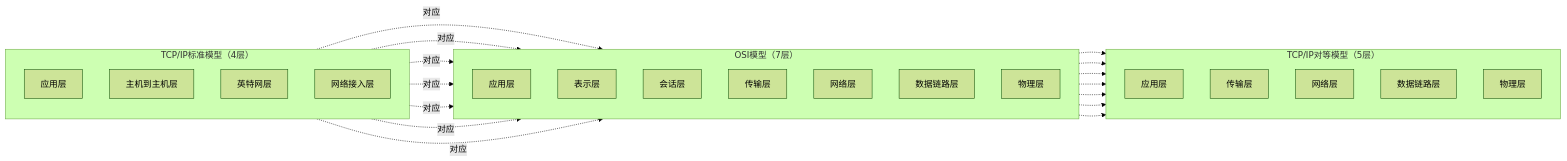
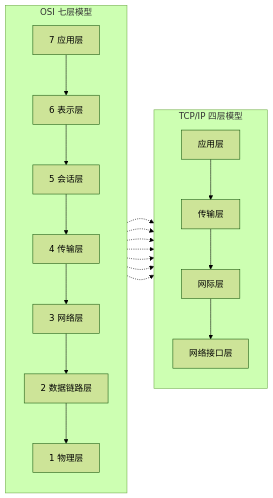
Before and after one commit to theforeveriris/mynote-during-2026-2027: the third of 4 diagrams in 软考中级网络工程/1.0-计算机网络基础.md, drawn with Mermaid (forest theme). The commit also changed other lines of this file and 42 other files, not shown here.

Commit message:
移除笔记中的截图引用，改用Mermaid重绘图示，并联网校正知识点；题库部分对照公开真题补全选项与答案

````diff
--- a/软考中级网络工程/1.0-计算机网络基础.md
+++ b/软考中级网络工程/1.0-计算机网络基础.md
@@ -161,46 +295,20 @@
 ```mermaid
 flowchart LR
-    subgraph L["TCP/IP标准模型（4层）"]
+    subgraph M7["OSI 七层模型"]
         direction TB
-        A1["应用层"]
-        A2["主机到主机层"]
-        A3["英特网层"]
-        A4["网络接入层"]
+        O7["7 应用层"] --> O6["6 表示层"] --> O5["5 会话层"] --> O4["4 传输层"] --> O3["3 网络层"] --> O2["2 数据链路层"] --> O1["1 物理层"]
     end
 
-    subgraph M["OSI模型（7层）"]
+    subgraph M4["TCP/IP 四层模型"]
         direction TB
-        B1["应用层"]
-        B2["表示层"]
-        B3["会话层"]
-        B4["传输层"]
-        B5["网络层"]
-        B6["数据链路层"]
-        B7["物理层"]
+        T4["应用层"] --> T3["传输层"] --> T2["网际层"] --> T1["网络接口层"]
     end
 
-    subgraph R["TCP/IP对等模型（5层）"]
-        direction TB
-        C1["应用层"]
-        C2["传输层"]
-        C3["网络层"]
-        C4["数据链路层"]
-        C5["物理层"]
-    end
-
-    A1 -.对应.-> B1
-    A1 -.对应.-> B2
-    A1 -.对应.-> B3
-    A2 -.对应.-> B4
-    A3 -.对应.-> B5
-    A4 -.对应.-> B6
-    A4 -.对应.-> B7
-
-    B1 -.-> C1
-    B2 -.-> C1
-    B3 -.-> C1
-    B4 -.-> C2
-    B5 -.-> C3
-    B6 -.-> C4
-    B7 -.-> C5
+    O7 -.-> T4
+    O6 -.-> T4
+    O5 -.-> T4
+    O4 -.-> T3
+    O3 -.-> T2
+    O2 -.-> T1
+    O1 -.-> T1
 ```
````
